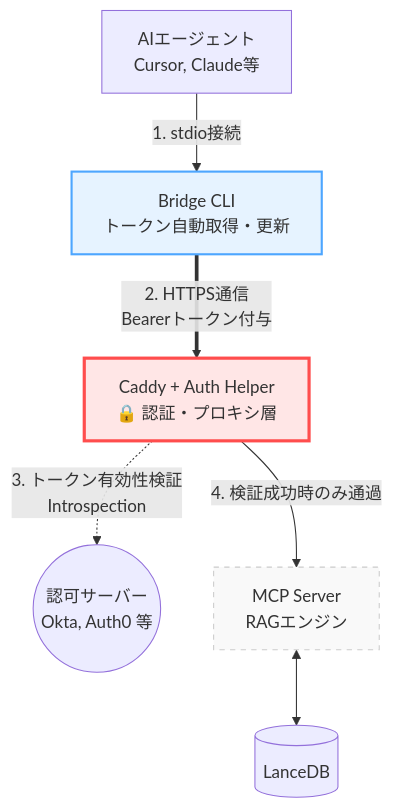
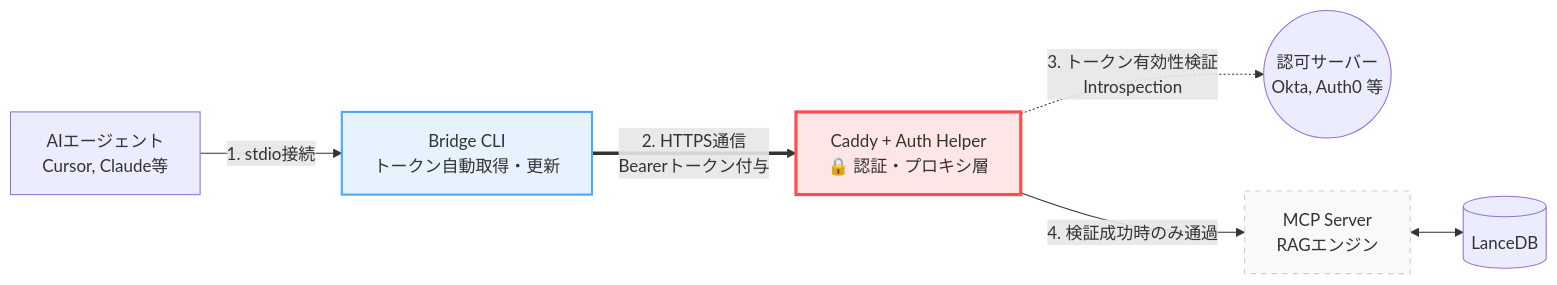
Before and after one commit to ryodocx/remote-rag: the diagram in README.md, drawn with Mermaid.

Commit message:
docs: change architecture diagram from TD to LR

````diff
--- a/README.md
+++ b/README.md
@@ -87,21 +87,21 @@
 ```mermaid
-graph TD
+graph LR
     %% クライアント層
     Agent[AIエージェント<br/>Cursor, Claude等] -->|1. stdio接続| Bridge[Bridge CLI<br/>トークン自動取得・更新]
     
     %% ネットワーク・プロキシ層
     Bridge ==>|2. HTTPS通信<br/>Bearerトークン付与| Proxy[Caddy + Auth Helper<br/>🔒 認証・プロキシ層]
     
     %% 外部認可サーバー
     IdP((認可サーバー<br/>Okta, Auth0 等))
     Proxy -.->|3. トークン有効性検証<br/>Introspection| IdP
     
     %% アプリケーション層 (保護された領域)
     Proxy -->|4. 検証成功時のみ通過| MCPServer[MCP Server<br/>RAGエンジン]
     MCPServer <--> LanceDB[(LanceDB)]
 
     %% 強調スタイル
     style Proxy fill:#ffe6e6,stroke:#ff4d4d,stroke-width:3px
     style Bridge fill:#e6f3ff,stroke:#4da6ff,stroke-width:2px
     style MCPServer fill:#f9f9f9,stroke:#cccccc,stroke-dasharray: 5 5
 ```
````
